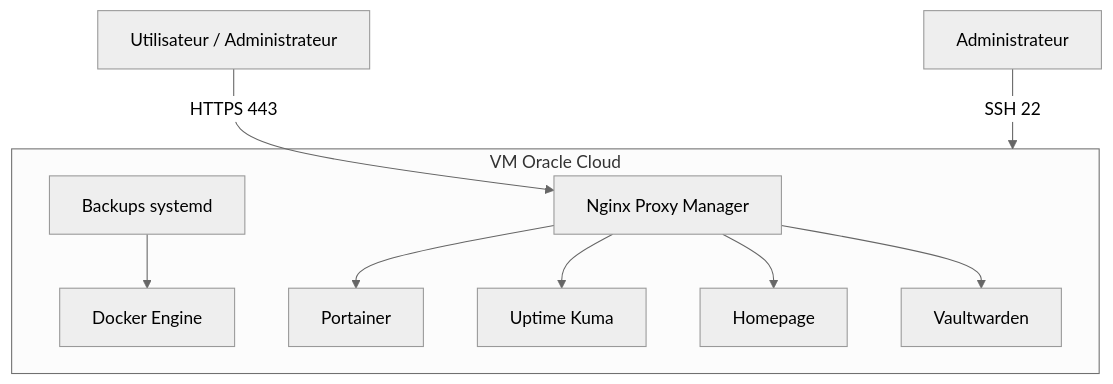
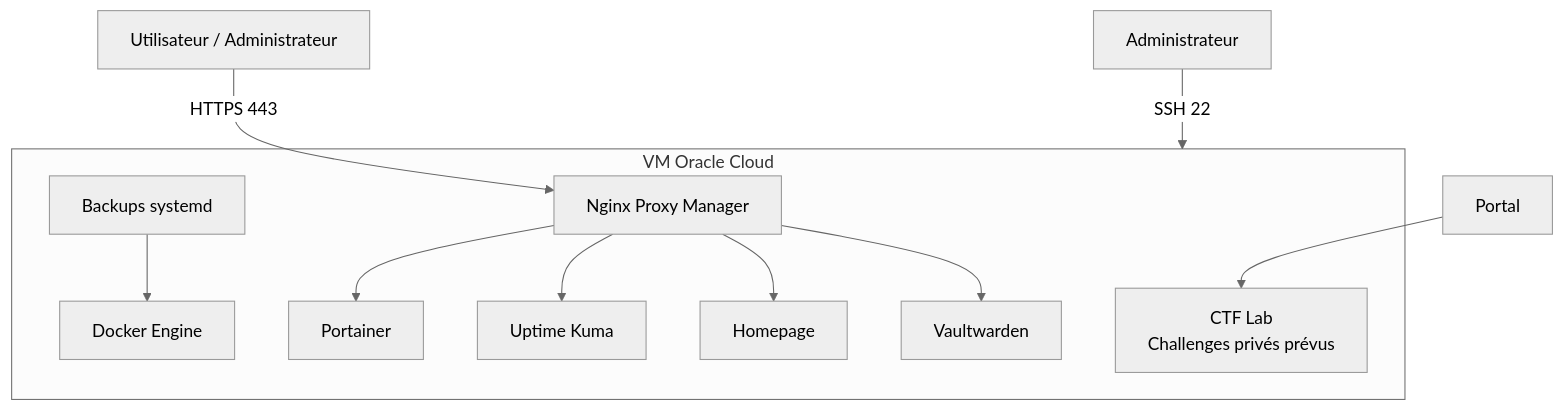
Before and after one commit to Frikzai/docker-secure-platform: the diagram in README.md, drawn with Mermaid (neutral theme). The commit also changed other lines of this file and 5 other files, not shown here.

Commit message:
Ajout de la section CTF Lab au Homelab Portal

````diff
--- a/README.md
+++ b/README.md
@@ -86,21 +121,23 @@
 ```mermaid
 flowchart TD
     User["Utilisateur / Administrateur"] -->|HTTPS 443| NPM["Nginx Proxy Manager"]
     Admin["Administrateur"] -->|SSH 22| VM["VM Oracle Cloud Ubuntu"]
 
     subgraph VM["VM Oracle Cloud"]
         Docker["Docker Engine"]
         NPM["Nginx Proxy Manager"]
         Portainer["Portainer"]
         Kuma["Uptime Kuma"]
         Home["Homepage"]
         Vault["Vaultwarden"]
+	CTF["CTF Lab<br/>Challenges privés prévus"]
         Backup["Backups systemd"]
     end
 
     NPM --> Portainer
     NPM --> Kuma
     NPM --> Home
     NPM --> Vault
+    Portal --> CTF
     Backup --> Docker
 ```
````
